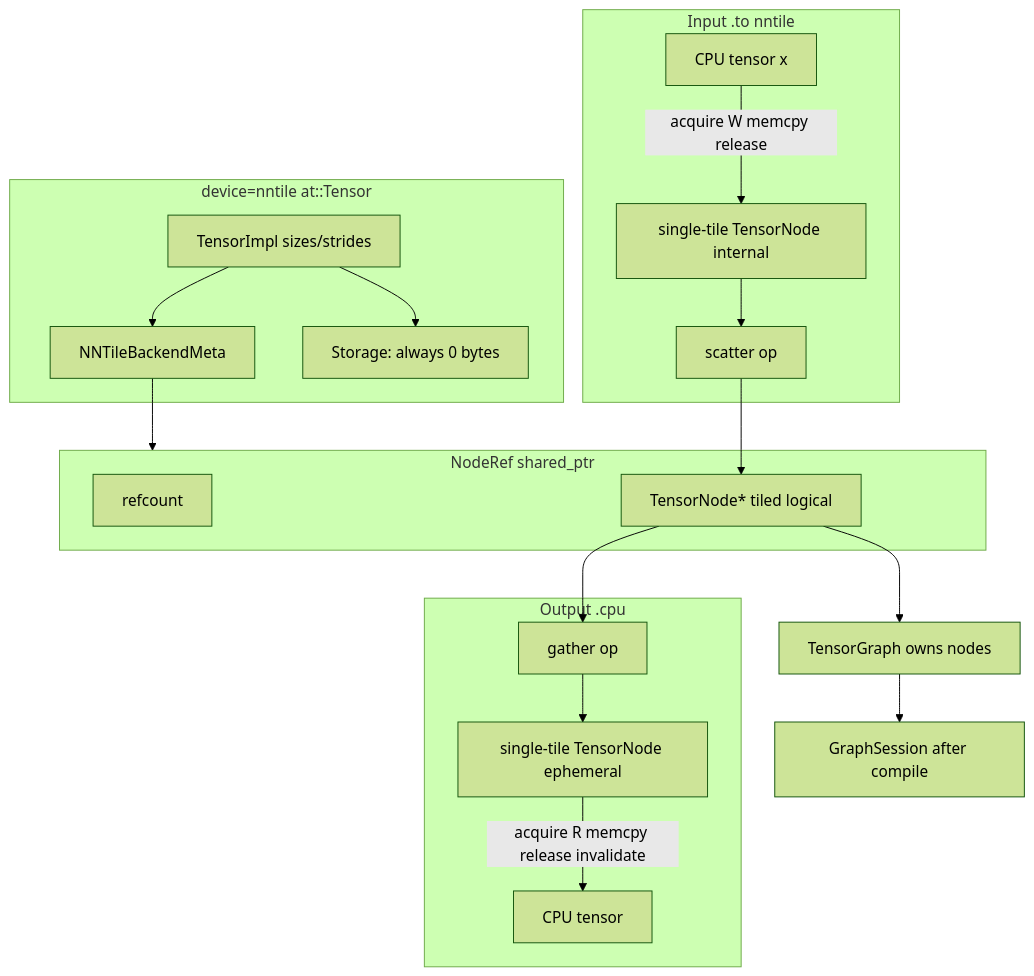
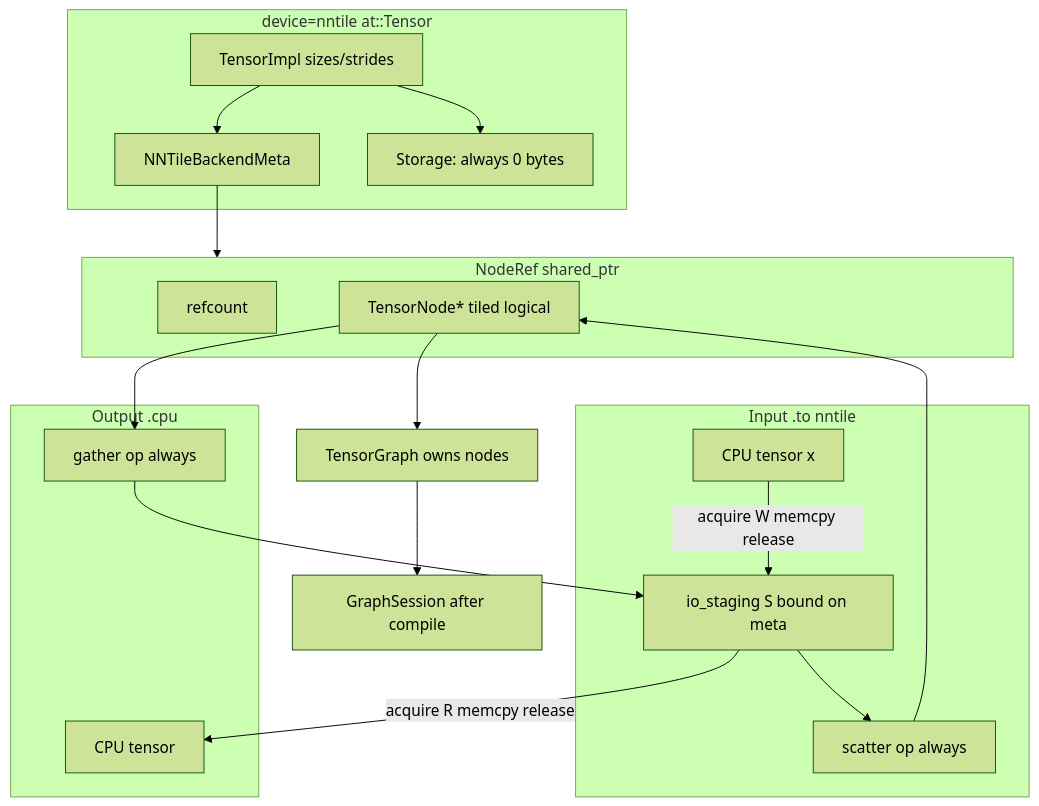
The diagram in docs/dev/nntile_tensor_impl_plan.md (nntile/nntile), drawn with Mermaid (forest theme) before and after one commit. The commit also changed other lines of this file, not shown here.

Commit message:
docs: bound io_staging node; v1 always scatter/gather via S

````diff
--- a/docs/dev/nntile_tensor_impl_plan.md
+++ b/docs/dev/nntile_tensor_impl_plan.md
@@ -69,37 +69,36 @@
 ```mermaid
 flowchart TD
     subgraph tensor [device=nntile at::Tensor]
         Impl[TensorImpl sizes/strides]
         Meta[NNTileBackendMeta]
         Storage["Storage: always 0 bytes"]
         Impl --> Meta
         Impl --> Storage
     end
 
     subgraph noderef [NodeRef shared_ptr]
         RC[refcount]
         Ptr["TensorNode* tiled logical"]
     end
 
     Meta --> noderef
     Ptr --> TG[TensorGraph owns nodes]
     TG --> Session[GraphSession after compile]
 
     subgraph input_io [Input .to nntile]
         CPUx[CPU tensor x]
-        Staged["single-tile TensorNode internal"]
-        Scatter[scatter op]
-        CPUx -->|acquire W memcpy release| Staged
-        Staged --> Scatter
+        IO["io_staging S bound on meta"]
+        Scatter[scatter op always]
+        CPUx -->|acquire W memcpy release| IO
+        IO --> Scatter
         Scatter --> Ptr
     end
 
     subgraph output_io [Output .cpu]
-        Gather[gather op]
-        Ephemeral["single-tile TensorNode ephemeral"]
+        Gather[gather op always]
         CPUout[CPU tensor]
         Ptr --> Gather
-        Gather --> Ephemeral
-        Ephemeral -->|acquire R memcpy release invalidate| CPUout
+        Gather --> IO
+        IO -->|acquire R memcpy release| CPUout
     end
 ```
````
